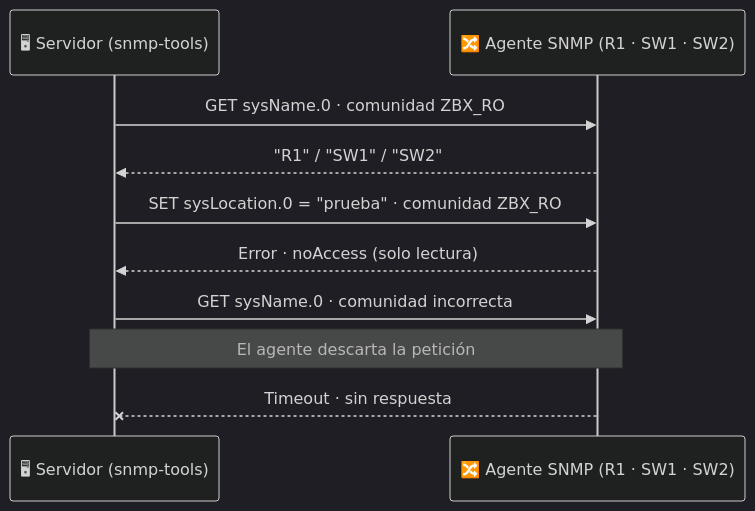
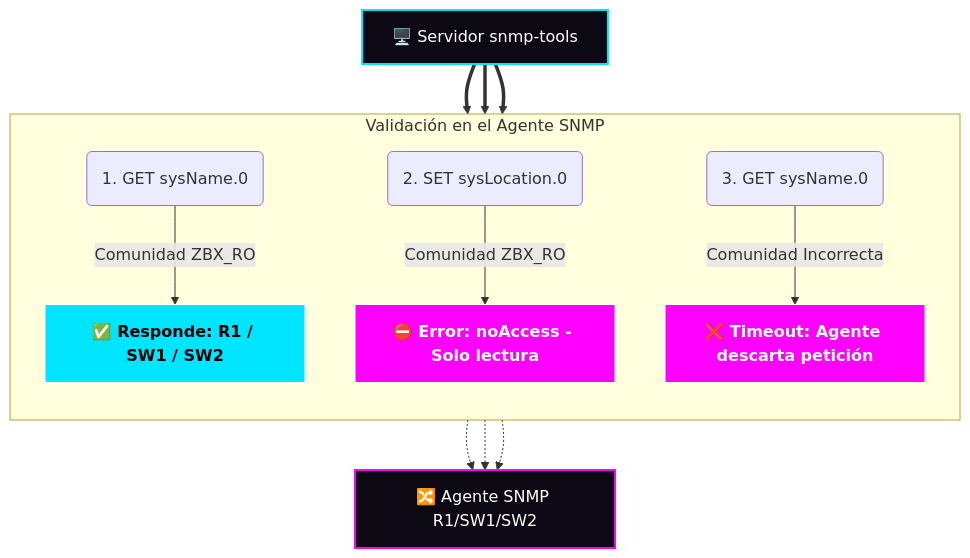
One commit to LisbethdaianGomezSoto/SNMP-CON--ZABBIX changed the third of 4 diagrams in README.md. Above: the diagram before and after it, drawn with Mermaid.

````diff
--- a/README.md
+++ b/README.md
@@ -281,16 +281,29 @@
 ```mermaid
-%%{init: {'theme':'dark'}}%%
-sequenceDiagram
-    participant Z as 🖥 Servidor (snmp-tools)
-    participant A as 🔀 Agente SNMP (R1 · SW1 · SW2)
+flowchart TD
+    %% Estilos personalizados
+    classDef servidor fill:#0d0914,stroke:#00e5ff,stroke-width:2px,color:#fff
+    classDef agente fill:#0d0914,stroke:#ff00ff,stroke-width:2px,color:#fff
+    classDef exito fill:#00e5ff,stroke:#fff,stroke-width:1px,color:#000,font-weight:bold
+    classDef fallo fill:#ff00ff,stroke:#fff,stroke-width:1px,color:#fff,font-weight:bold
+    
+    S[🖥️ Servidor snmp-tools]:::servidor
+    
+    subgraph Pruebas [Validación en el Agente SNMP]
+        direction TB
+        P1(1. GET sysName.0) -->|Comunidad ZBX_RO| R1[✅ Responde: R1 / SW1 / SW2]:::exito
+        P2(2. SET sysLocation.0) -->|Comunidad ZBX_RO| R2[⛔ Error: noAccess - Solo lectura]:::fallo
+        P3(3. GET sysName.0) -->|Comunidad Incorrecta| R3[❌ Timeout: Agente descarta petición]:::fallo
+    end
+    
+    A[🔀 Agente SNMP R1/SW1/SW2]:::agente
+    
+    S ==> P1
+    S ==> P2
+    S ==> P3
+    
+    R1 -.-> A
+    R2 -.-> A
+    R3 -.-> A
 
-    Z->>A: GET sysName.0 · comunidad ZBX_RO
-    A-->>Z: "R1" / "SW1" / "SW2"
 
-    Z->>A: SET sysLocation.0 = "prueba" · comunidad ZBX_RO
-    A-->>Z: Error · noAccess (solo lectura)
-
-    Z->>A: GET sysName.0 · comunidad incorrecta
-    Note over Z,A: El agente descarta la petición
-    A--xZ: Timeout · sin respuesta
 ```
````
